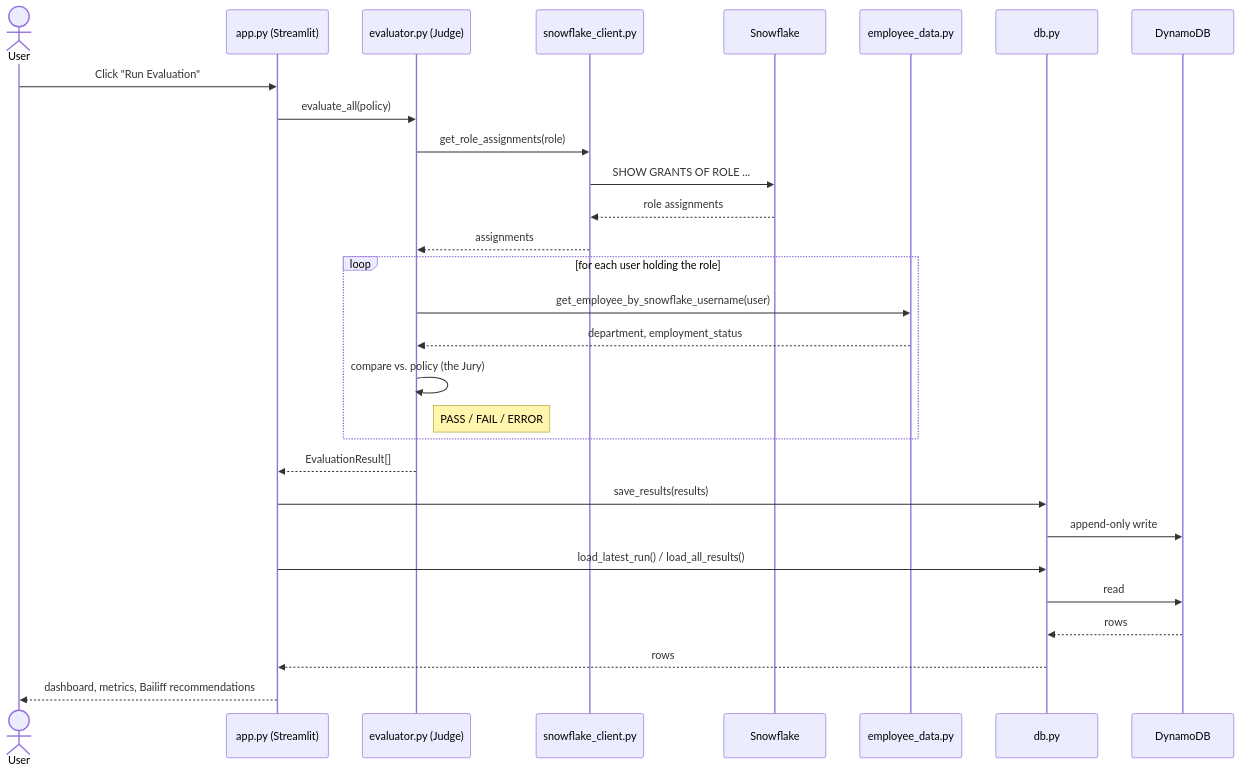
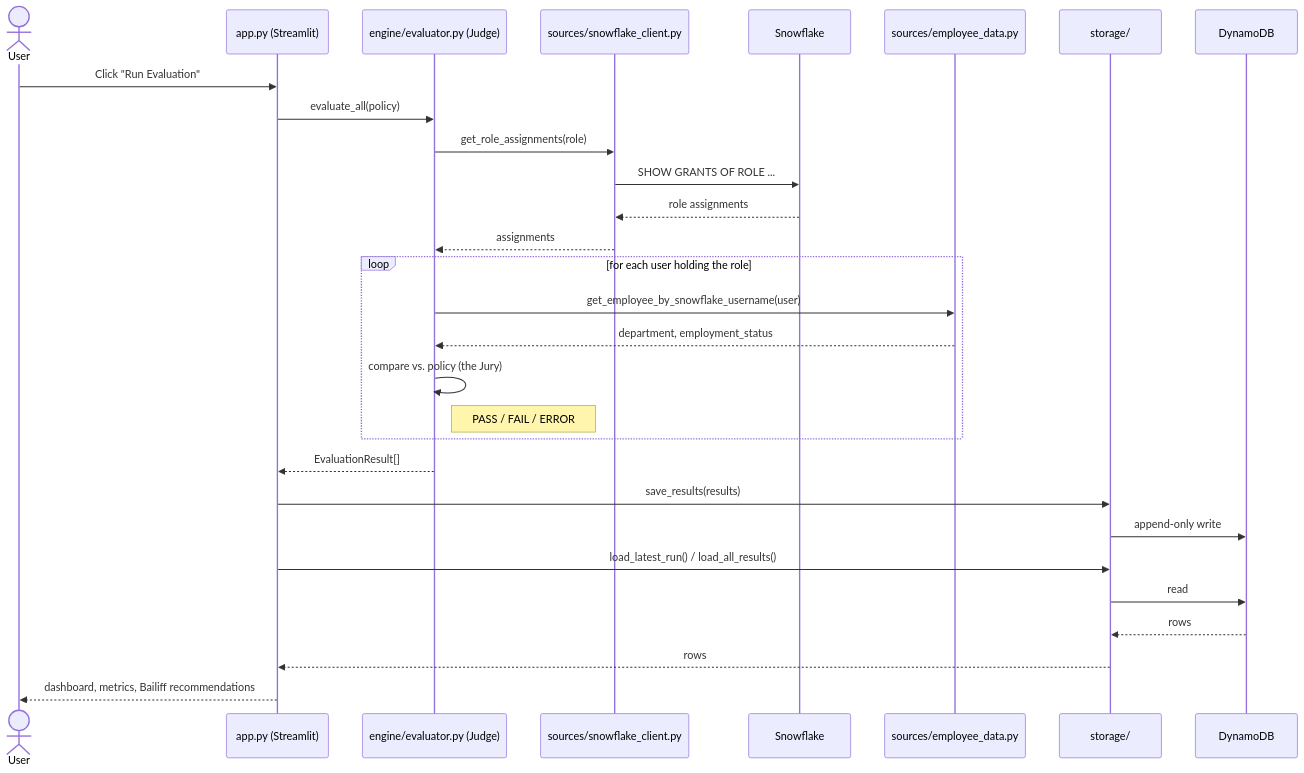
Before and after one commit to spencercsheehan1/iam-automation: the diagram in judge/README.md, drawn with Mermaid. The commit also changed other lines of this file and 12 other files, not shown here.

First line of the commit message:
Organize Python modules by layer: engine/, sources/, storage/

````diff
--- a/judge/README.md
+++ b/judge/README.md
@@ -26,34 +26,34 @@
 ```mermaid
 sequenceDiagram
     actor User
     participant UI as app.py (Streamlit)
-    participant Eval as evaluator.py (Judge)
-    participant SF as snowflake_client.py
+    participant Eval as engine/evaluator.py (Judge)
+    participant SF as sources/snowflake_client.py
     participant Snowflake
-    participant Emp as employee_data.py
-    participant DB as db.py
+    participant Emp as sources/employee_data.py
+    participant DB as storage/
     participant Store as DynamoDB
 
     User->>UI: Click "Run Evaluation"
     UI->>Eval: evaluate_all(policy)
     Eval->>SF: get_role_assignments(role)
     SF->>Snowflake: SHOW GRANTS OF ROLE ...
     Snowflake-->>SF: role assignments
     SF-->>Eval: assignments
 
     loop for each user holding the role
         Eval->>Emp: get_employee_by_snowflake_username(user)
         Emp-->>Eval: department, employment_status
         Eval->>Eval: compare vs. policy (the Jury)
         Note right of Eval: PASS / FAIL / ERROR
     end
 
     Eval-->>UI: EvaluationResult[]
     UI->>DB: save_results(results)
     DB->>Store: append-only write
     UI->>DB: load_latest_run() / load_all_results()
     DB->>Store: read
     Store-->>DB: rows
     DB-->>UI: rows
     UI-->>User: dashboard, metrics, Bailiff recommendations
 ```
````
